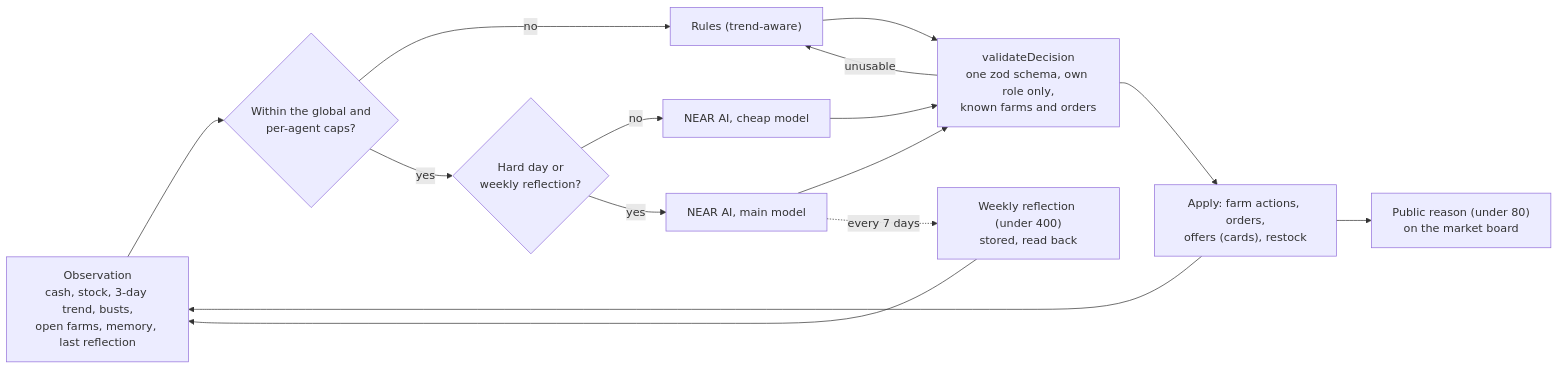
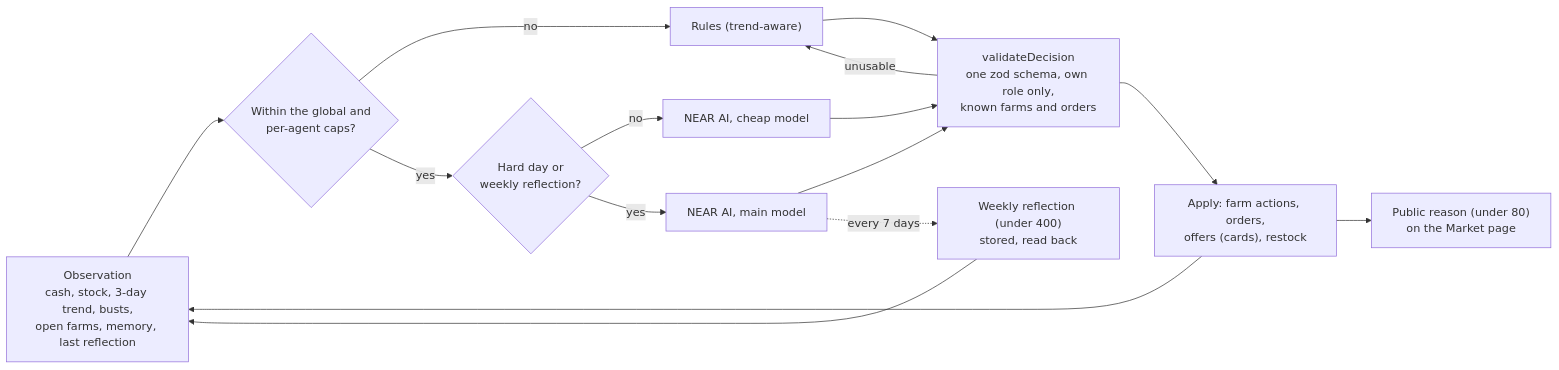
The third of 7 diagrams in README.md (iam25th1/chickens-of-yolk-street), drawn with Mermaid before and after one commit. The commit also changed other lines of this file and 11 other files, not shown here.

First line of the commit message:
Docs: hatching, the Market page, profiles and badges, the mint reserve, the clean history

````diff
--- a/README.md
+++ b/README.md
@@ -166,25 +463,25 @@
 ```mermaid
 flowchart LR
   obs["Observation<br/>cash, stock, 3-day trend, busts,<br/>open farms, memory, last reflection"]
   tier{"Hard day or<br/>weekly reflection?"}
   caps{"Within the global and<br/>per-agent caps?"}
   cheap["NEAR AI, cheap model"]
   main["NEAR AI, main model"]
   rules["Rules (trend-aware)"]
   val["validateDecision<br/>one zod schema, own role only,<br/>known farms and orders"]
   apply["Apply: farm actions, orders,<br/>offers (cards), restock"]
-  pub["Public reason (under 80)<br/>on the market board"]
+  pub["Public reason (under 80)<br/>on the Market page"]
   refl["Weekly reflection (under 400)<br/>stored, read back"]
   obs --> caps
   caps -- no --> rules
   caps -- yes --> tier
   tier -- no --> cheap
   tier -- yes --> main
   cheap --> val
   main --> val
   rules --> val
   val -- unusable --> rules
   val --> apply --> pub
   main -. every 7 days .-> refl --> obs
   apply --> obs
 ```
````
